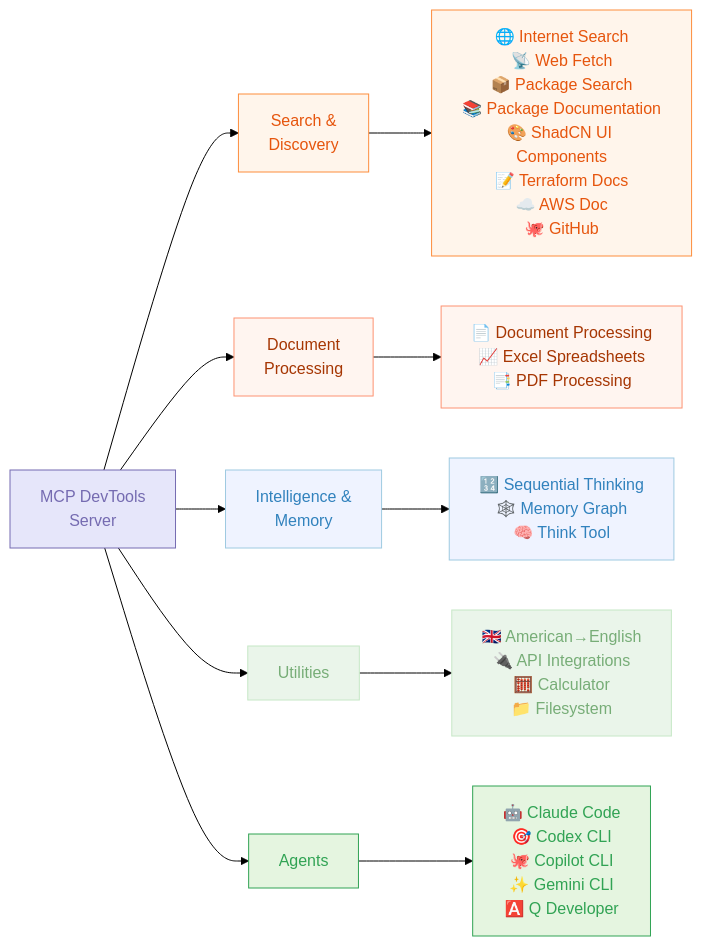
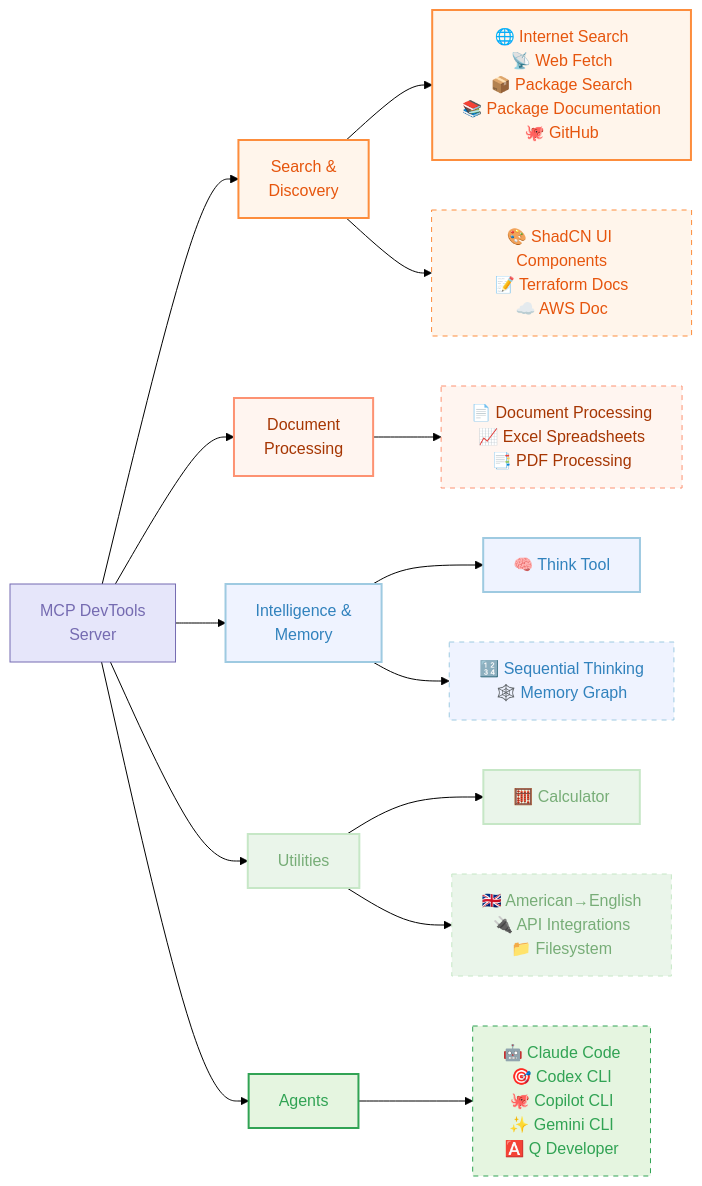
One commit to sammcj/mcp-devtools changed the diagram in README.md. Above: the diagram before and after it, drawn with Mermaid (forest theme). The commit also changed 2 other files, not shown here.

Commit message:
chore: bump deps, docs: minor update to diagram in readme

````diff
--- a/README.md
+++ b/README.md
@@ -5,39 +5,54 @@
 ```mermaid
 graph LR
     A[MCP DevTools<br>Server]
 
     A --> B[Search &<br>Discovery]
     A --> C[Document<br>Processing]
     A --> E[Intelligence &<br>Memory]
     A --> F[Utilities]
     A --> G[Agents]
 
-    B --> B_Tools[🌐 Internet Search<br>📡 Web Fetch<br>📦 Package Search<br>📚 Package Documentation<br>🎨 ShadCN UI Components<br>📝 Terraform Docs<br>☁️ AWS Doc<br>🐙 GitHub]
+    B --> B_Enabled[🌐 Internet Search<br>📡 Web Fetch<br>📦 Package Search<br>📚 Package Documentation<br>🐙 GitHub]
+    B --> B_Disabled[🎨 ShadCN UI Components<br>📝 Terraform Docs<br>☁️ AWS Doc]
 
-    C --> C_Tools[📄 Document Processing<br>📈 Excel Spreadsheets<br>📑 PDF Processing]
+    C --> C_Disabled[📄 Document Processing<br>📈 Excel Spreadsheets<br>📑 PDF Processing]
 
-    E --> E_Tools[🔢 Sequential Thinking<br>🕸️ Memory Graph<br>🧠 Think Tool]
+    E --> E_Enabled[🧠 Think Tool]
+    E --> E_Disabled[🔢 Sequential Thinking<br>🕸️ Memory Graph]
 
-    F --> F_Tools[🇬🇧 American→English<br>🔌 API Integrations<br>🧮 Calculator<br>📁 Filesystem]
+    F --> F_Enabled[🧮 Calculator]
+    F --> F_Disabled[🇬🇧 American→English<br>🔌 API Integrations<br>📁 Filesystem]
 
-    G --> G_Tools[🤖 Claude Code<br>🎯 Codex CLI<br>🐙 Copilot CLI<br>✨ Gemini CLI<br>🅰️ Q Developer]
+    G --> G_Disabled[🤖 Claude Code<br>🎯 Codex CLI<br>🐙 Copilot CLI<br>✨ Gemini CLI<br>🅰️ Q Developer]
 
     classDef inputOutput fill:#FEE0D2,stroke:#E6550D,color:#E6550D
-    classDef llm fill:#E5F5E0,stroke:#31A354,color:#31A354
+    classDef llm fill:#E5F5E0,stroke:#31A354,color:#31A354,stroke-width:2px
+    classDef llmDisabled fill:#E5F5E0,stroke:#31A354,color:#31A354,stroke-dasharray:5 5
     classDef components fill:#E6E6FA,stroke:#756BB1,color:#756BB1
-    classDef process fill:#EAF5EA,stroke:#C6E7C6,color:#77AD77
+    classDef process fill:#EAF5EA,stroke:#C6E7C6,color:#77AD77,stroke-width:2px
+    classDef processDisabled fill:#EAF5EA,stroke:#C6E7C6,color:#77AD77,stroke-dasharray:5 5
     classDef stop fill:#E5E1F2,stroke:#C7C0DE,color:#8471BF
-    classDef data fill:#EFF3FF,stroke:#9ECAE1,color:#3182BD
-    classDef decision fill:#FFF5EB,stroke:#FD8D3C,color:#E6550D
+    classDef data fill:#EFF3FF,stroke:#9ECAE1,color:#3182BD,stroke-width:2px
+    classDef dataDisabled fill:#EFF3FF,stroke:#9ECAE1,color:#3182BD,stroke-dasharray:5 5
+    classDef decision fill:#FFF5EB,stroke:#FD8D3C,color:#E6550D,stroke-width:2px
+    classDef decisionDisabled fill:#FFF5EB,stroke:#FD8D3C,color:#E6550D,stroke-dasharray:5 5
     classDef storage fill:#F2F0F7,stroke:#BCBDDC,color:#756BB1
-    classDef api fill:#FFF5F0,stroke:#FD9272,color:#A63603
+    classDef api fill:#FFF5F0,stroke:#FD9272,color:#A63603,stroke-width:2px
+    classDef apiDisabled fill:#FFF5F0,stroke:#FD9272,color:#A63603,stroke-dasharray:5 5
     classDef error fill:#FCBBA1,stroke:#FB6A4A,color:#CB181D
 
     class A components
-    class B,B_Tools decision
-    class C,C_Tools api
-    class D,D_Tools error
-    class E,E_Tools data
-    class F,F_Tools process
-    class G,G_Tools llm
+    class B decision
+    class C api
+    class E data
+    class F process
+    class G llm
+    class B_Enabled decision
+    class E_Enabled data
+    class F_Enabled process
+    class B_Disabled decisionDisabled
+    class C_Disabled apiDisabled
+    class E_Disabled dataDisabled
+    class F_Disabled processDisabled
+    class G_Disabled llmDisabled
 ```
````
